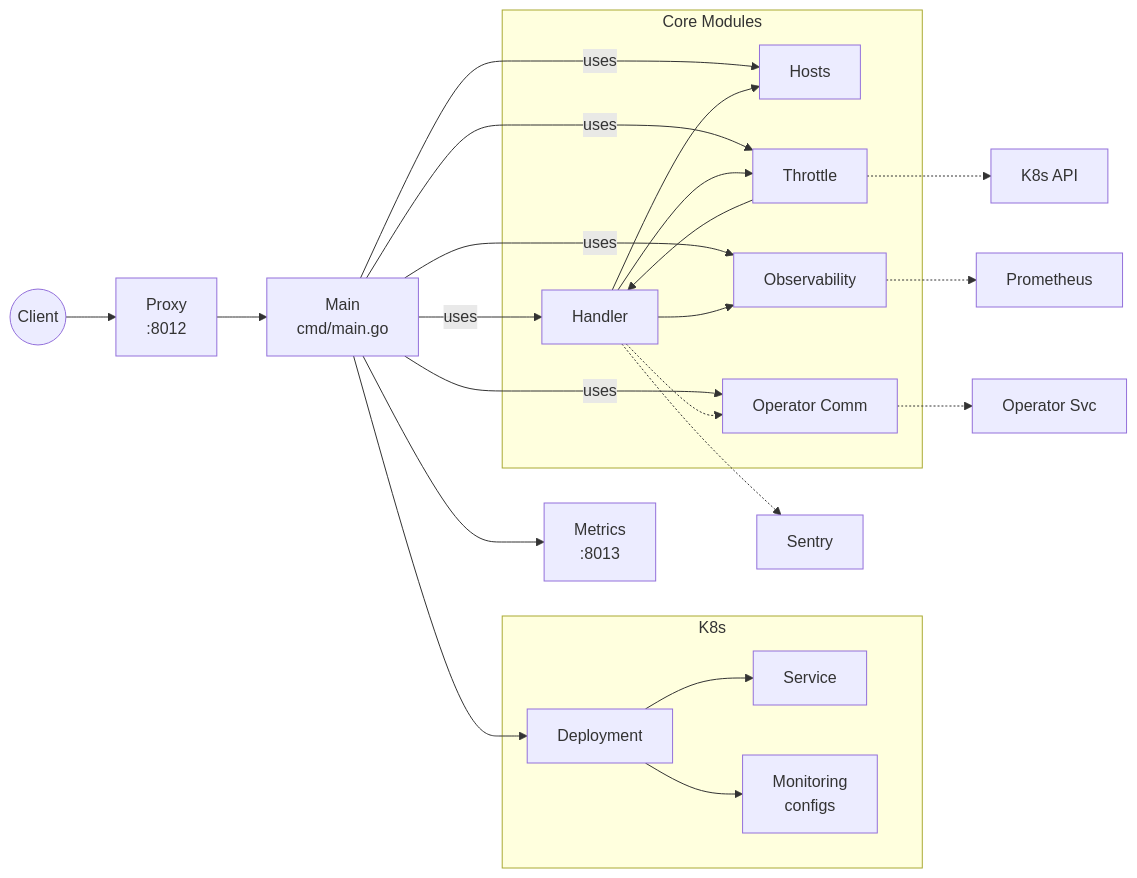
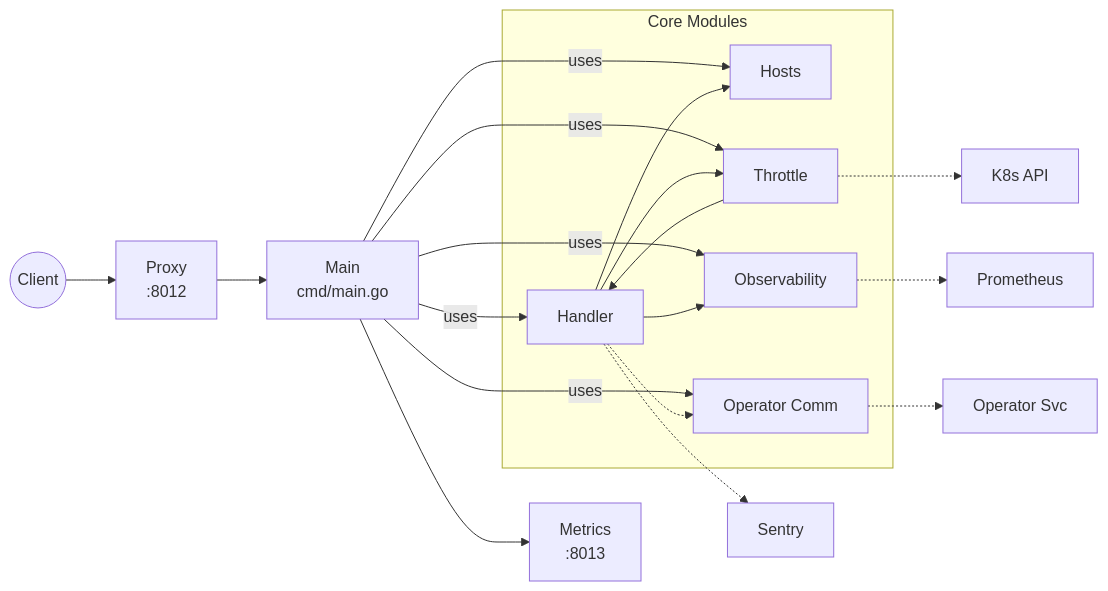
One commit to truefoundry/elasti changed the diagram in docs/src/arch-resolver.md. Above: the diagram before and after it, drawn with Mermaid. The commit also changed other lines of this file and 15 other files, not shown here.

````diff
--- a/docs/src/arch-resolver.md
+++ b/docs/src/arch-resolver.md
@@ -5,38 +5,31 @@
 ``` mermaid
 flowchart LR
   %% ── USER & ENTRY ─────────────────────
   User(("Client")) --> RP["Proxy<br/>:8012"] --> Main["Main<br/>cmd/main.go"] --> IS["Metrics<br/>:8013"]
-
-  %% ── K8s RESOURCES ────────────────────
-  subgraph K8s["K8s"]
-    Deploy["Deployment"] --> SVC["Service"]
-    Deploy --> Mon["Monitoring<br/>configs"]
-  end
-  Main --> Deploy
 
   %% ── CORE MODULES ─────────────────────
   subgraph Mods["Core Modules"]
     Handler["Handler"]:::core
     Hosts["Hosts"]:::core
     Thr["Throttle"]:::core
     Oper["Operator Comm"]:::core
     Obs["Observability"]:::core
   end
   Main -- uses --> Handler & Hosts & Thr & Oper & Obs
 
   %% Request flow (compact arrows)
   Handler --> Hosts
   Handler --> Thr
   Thr --> Handler
   Handler --> Obs
   Handler -.-> Sentry["Sentry"]
 
   %% Operator comm
   Handler -.-> Oper
   Oper -.-> OpSvc["Operator Svc"]
 
   %% External deps
   Thr -.-> K8sAPI["K8s API"]
   Obs -.-> Prom["Prometheus"]
 
 ```
````
